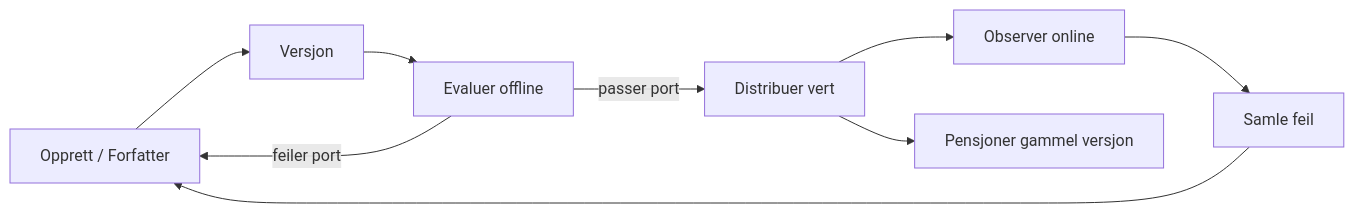
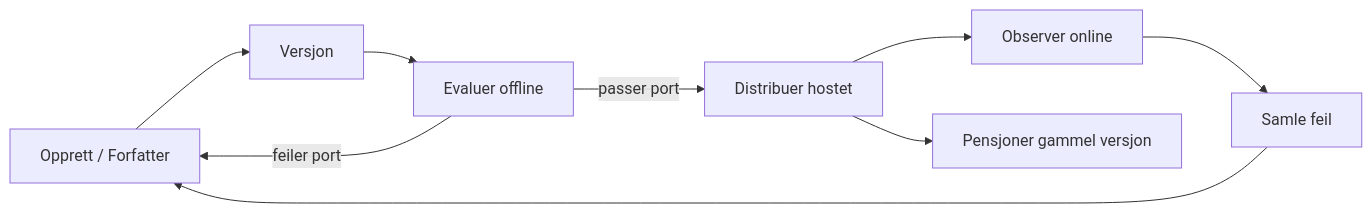
The second of 4 diagrams in mirrors/repos/microsoft@ai-agents-for-beginners/translations/no/16-deploying-scalable-agents/README.md (gabrielmoreira/agent-skills-mirror), drawn with Mermaid before and after one commit. The commit also changed other lines of this file and 4262 other files, not shown here.

````diff
--- a/mirrors/repos/microsoft@ai-agents-for-beginners/translations/no/16-deploying-scalable-agents/README.md
+++ b/mirrors/repos/microsoft@ai-agents-for-beginners/translations/no/16-deploying-scalable-agents/README.md
@@ -108,11 +108,11 @@
 ```mermaid
 flowchart LR
     Create[Opprett / Forfatter] --> Version[Versjon]
     Version --> Evaluate[Evaluer offline]
-    Evaluate -->|passer port| Deploy[Distribuer vert]
+    Evaluate -->|passer port| Deploy[Distribuer hostet]
     Evaluate -->|feiler port| Create
     Deploy --> Observe[Observer online]
     Observe --> Improve[Samle feil]
     Improve --> Create
     Deploy --> Retire[Pensjoner gammel versjon]
 ```
````
